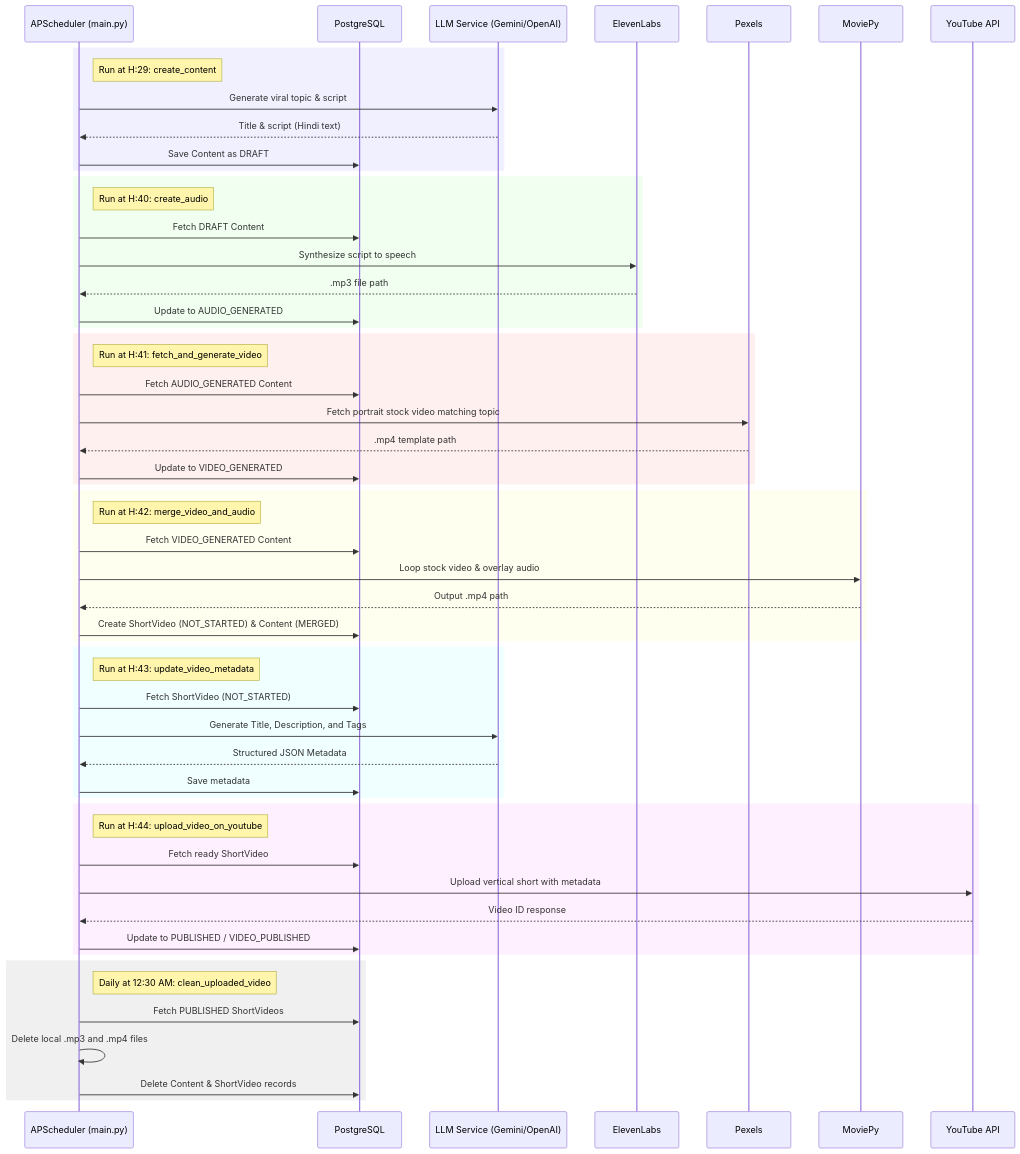
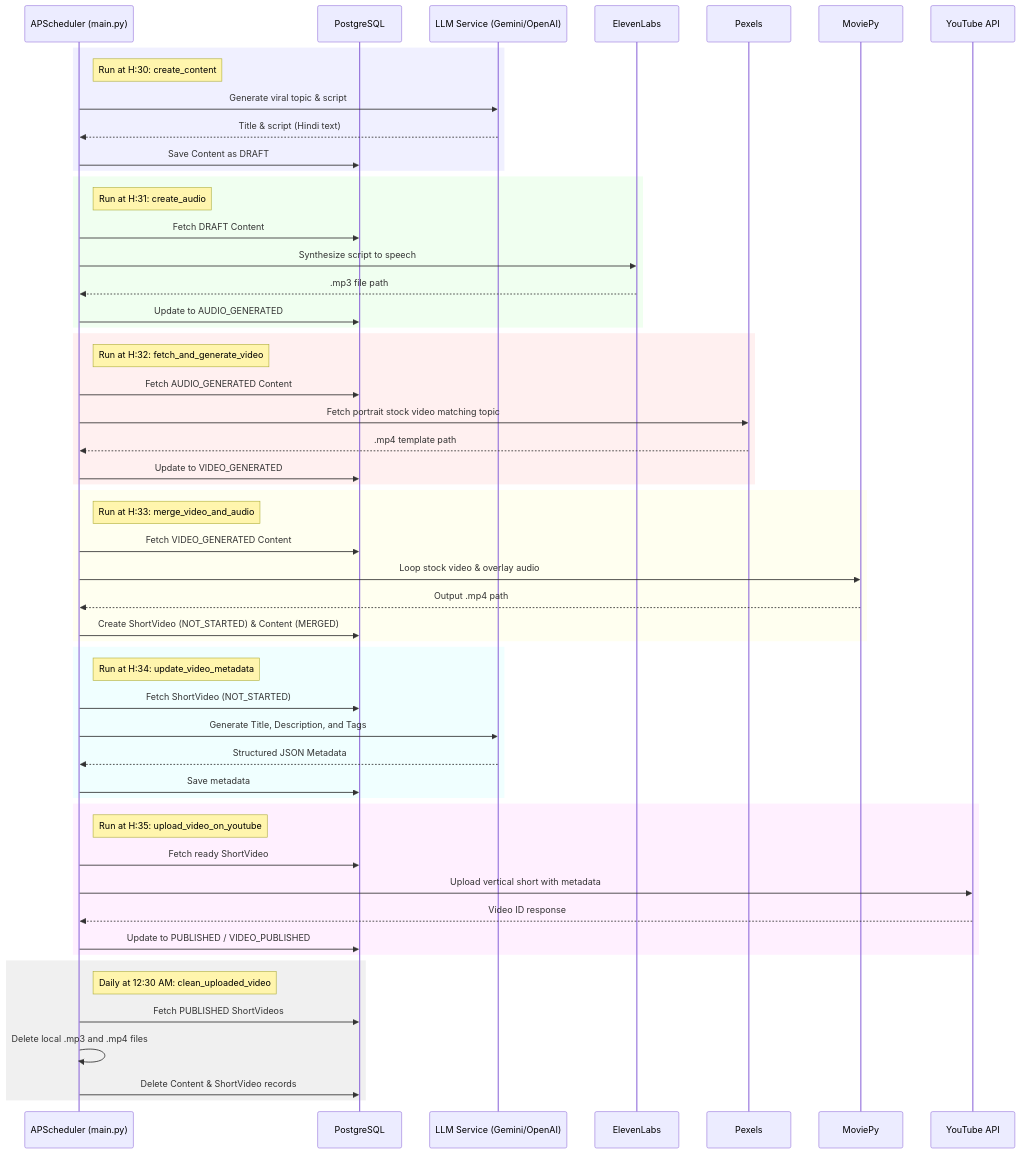
Before and after one commit to indvx/dg_shorts_ai: the second of 2 diagrams in README.md, drawn with Mermaid. The commit also changed other lines of this file and 5 other files, not shown here.

````diff
--- a/README.md
+++ b/README.md
@@ -321,64 +327,64 @@
 ```mermaid
 sequenceDiagram
     participant S as APScheduler (main.py)
     participant DB as PostgreSQL
     participant LLM as LLM Service (Gemini/OpenAI)
     participant EL as ElevenLabs
     participant P as Pexels
     participant MV as MoviePy
     participant YT as YouTube API
     
     rect rgb(240, 240, 255)
-    note right of S: Run at H:29: create_content
+    note right of S: Run at H:30: create_content
     S->>LLM: Generate viral topic & script
     LLM-->>S: Title & script (Hindi text)
     S->>DB: Save Content as DRAFT
     end
 
     rect rgb(240, 255, 240)
-    note right of S: Run at H:40: create_audio
+    note right of S: Run at H:31: create_audio
     S->>DB: Fetch DRAFT Content
     S->>EL: Synthesize script to speech
     EL-->>S: .mp3 file path
     S->>DB: Update to AUDIO_GENERATED
     end
 
     rect rgb(255, 240, 240)
-    note right of S: Run at H:41: fetch_and_generate_video
+    note right of S: Run at H:32: fetch_and_generate_video
     S->>DB: Fetch AUDIO_GENERATED Content
     S->>P: Fetch portrait stock video matching topic
     P-->>S: .mp4 template path
     S->>DB: Update to VIDEO_GENERATED
     end
 
     rect rgb(255, 255, 240)
-    note right of S: Run at H:42: merge_video_and_audio
+    note right of S: Run at H:33: merge_video_and_audio
     S->>DB: Fetch VIDEO_GENERATED Content
     S->>MV: Loop stock video & overlay audio
     MV-->>S: Output .mp4 path
     S->>DB: Create ShortVideo (NOT_STARTED) & Content (MERGED)
     end
 
     rect rgb(240, 255, 255)
-    note right of S: Run at H:43: update_video_metadata
+    note right of S: Run at H:34: update_video_metadata
     S->>DB: Fetch ShortVideo (NOT_STARTED)
     S->>LLM: Generate Title, Description, and Tags
     LLM-->>S: Structured JSON Metadata
     S->>DB: Save metadata
     end
 
     rect rgb(255, 240, 255)
-    note right of S: Run at H:44: upload_video_on_youtube
+    note right of S: Run at H:35: upload_video_on_youtube
     S->>DB: Fetch ready ShortVideo
     S->>YT: Upload vertical short with metadata
     YT-->>S: Video ID response
     S->>DB: Update to PUBLISHED / VIDEO_PUBLISHED
     end
 
     rect rgb(240, 240, 240)
     note right of S: Daily at 12:30 AM: clean_uploaded_video
     S->>DB: Fetch PUBLISHED ShortVideos
     S->>S: Delete local .mp3 and .mp4 files
     S->>DB: Delete Content & ShortVideo records
     end
 ```
````
